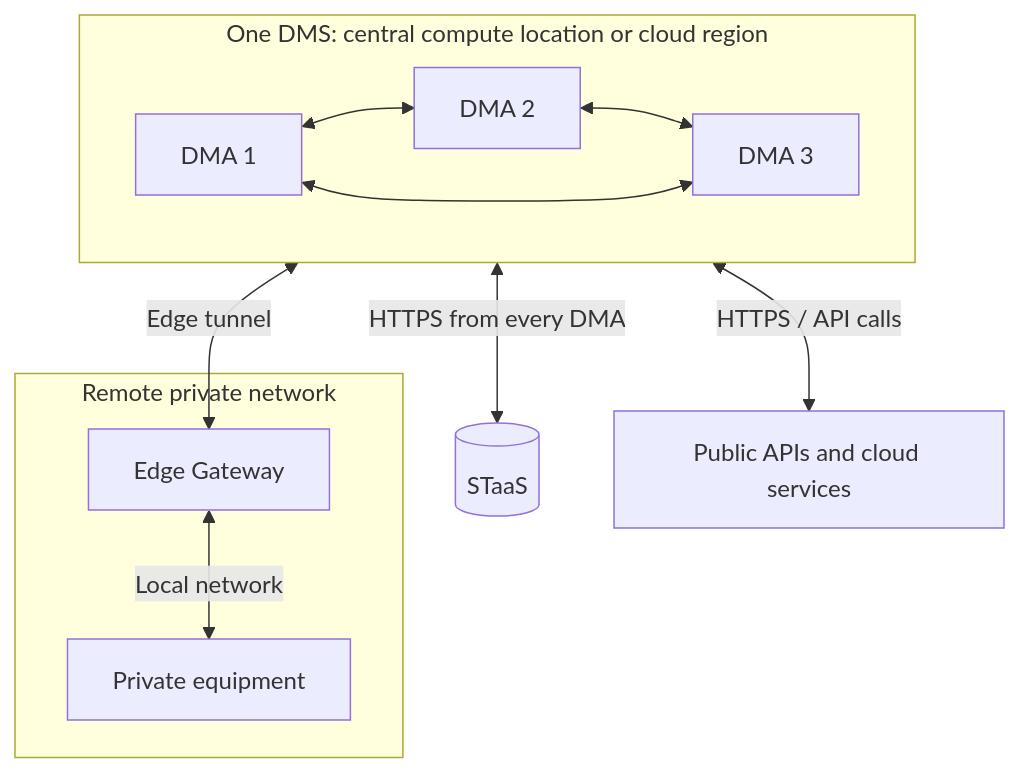
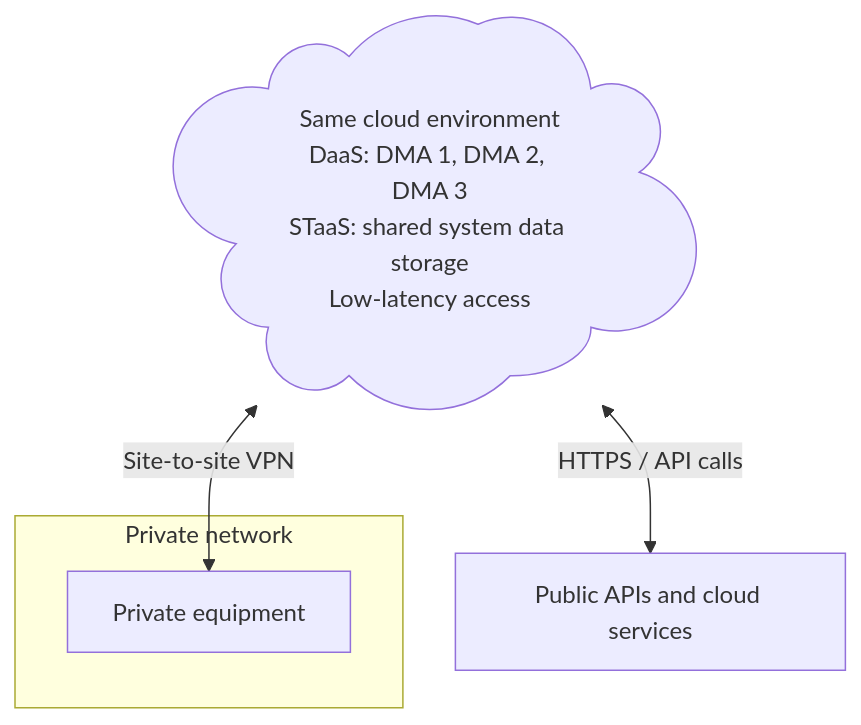
The first of 2 diagrams in dataminer/About_DataMiner/System_architectures/Topologies/Architecture_centralized_cluster.md (SkylineCommunications/dataminer-docs), drawn with Mermaid before and after one commit. The commit also changed other lines of this file and 9 other files, not shown here.

Commit message:
Clarify cloud-hosted DaaS and connectivity diagrams

````diff
--- a/dataminer/About_DataMiner/System_architectures/Topologies/Architecture_centralized_cluster.md
+++ b/dataminer/About_DataMiner/System_architectures/Topologies/Architecture_centralized_cluster.md
@@ -35,21 +35,10 @@
 ```mermaid
 flowchart TB
-    subgraph DMS["One DMS: central compute location or cloud region"]
-        A["DMA 1"]
-        B["DMA 2"]
-        C["DMA 3"]
-        A <--> B
-        B <--> C
-        A <--> C
-    end
-    S[("STaaS")]
+    Cloud@{ shape: cloud, label: "Same cloud environment<br/>DaaS: DMA 1, DMA 2, DMA 3<br/>STaaS: shared system data storage<br/>Low-latency access" }
     Public["Public APIs and cloud services"]
-    subgraph Remote["Remote private network"]
-        G["Edge Gateway"]
+    subgraph Remote["Private network"]
         E["Private equipment"]
     end
-    DMS <-->|"HTTPS from every DMA"| S
-    DMS <-->|"HTTPS / API calls"| Public
-    DMS <-->|"Edge tunnel"| G
-    G <-->|"Local network"| E
+    Cloud <-->|"HTTPS / API calls"| Public
+    Cloud <-->|"Site-to-site VPN"| E
 ```
````
